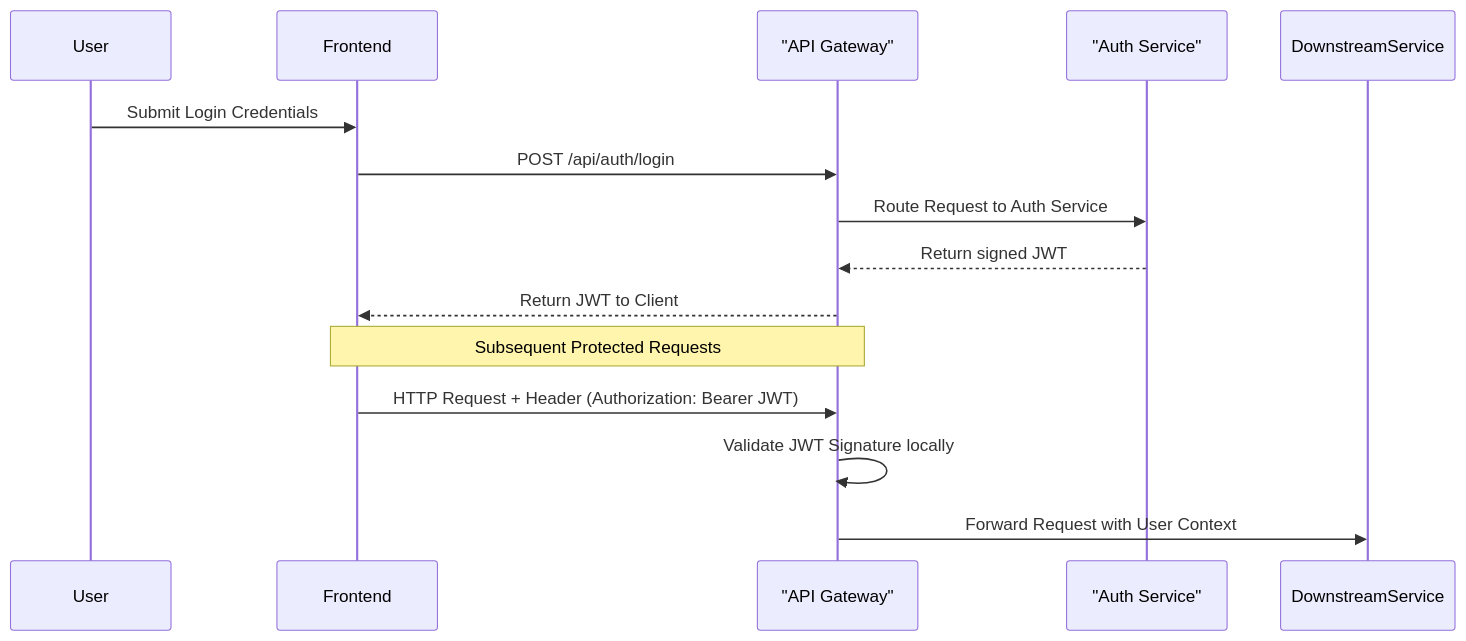
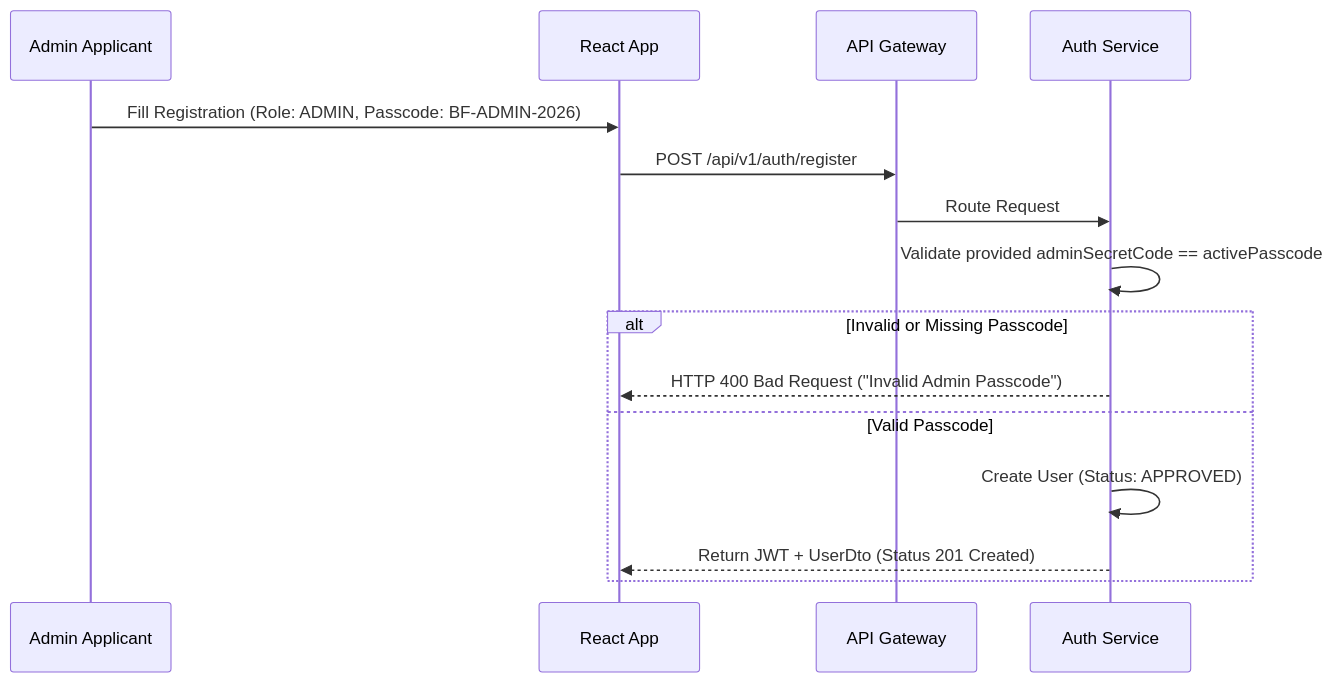
One commit to sushmitha-katika-dev/build-flow changed the fourth of 6 diagrams in docs/03_ARCHITECTURE.md. Above: the diagram before and after it, drawn with Mermaid. The commit also changed other lines of this file and 8 other files, not shown here.

````diff
--- a/docs/03_ARCHITECTURE.md
+++ b/docs/03_ARCHITECTURE.md
@@ -82,18 +83,18 @@
 ```mermaid
 sequenceDiagram
-    participant User
-    participant Frontend
-    participant Gateway as "API Gateway"
-    participant AuthService as "Auth Service"
+    participant User as Admin Applicant
+    participant Frontend as React App
+    participant Gateway as API Gateway
+    participant AuthService as Auth Service
     
-    User->>Frontend: Submit Login Credentials
-    Frontend->>Gateway: POST /api/auth/login
-    Gateway->>AuthService: Route Request to Auth Service
-    AuthService-->>Gateway: Return signed JWT
-    Gateway-->>Frontend: Return JWT to Client
-    
-    Note over Frontend,Gateway: Subsequent Protected Requests
-    Frontend->>Gateway: HTTP Request + Header (Authorization: Bearer JWT)
-    Gateway->>Gateway: Validate JWT Signature locally
-    Gateway->>DownstreamService: Forward Request with User Context
+    User->>Frontend: Fill Registration (Role: ADMIN, Passcode: BF-ADMIN-2026)
+    Frontend->>Gateway: POST /api/v1/auth/register
+    Gateway->>AuthService: Route Request
+    AuthService->>AuthService: Validate provided adminSecretCode == activePasscode
+    alt Invalid or Missing Passcode
+        AuthService-->>Frontend: HTTP 400 Bad Request ("Invalid Admin Passcode")
+    else Valid Passcode
+        AuthService->>AuthService: Create User (Status: APPROVED)
+        AuthService-->>Frontend: Return JWT + UserDto (Status 201 Created)
+    end
 ```
````
